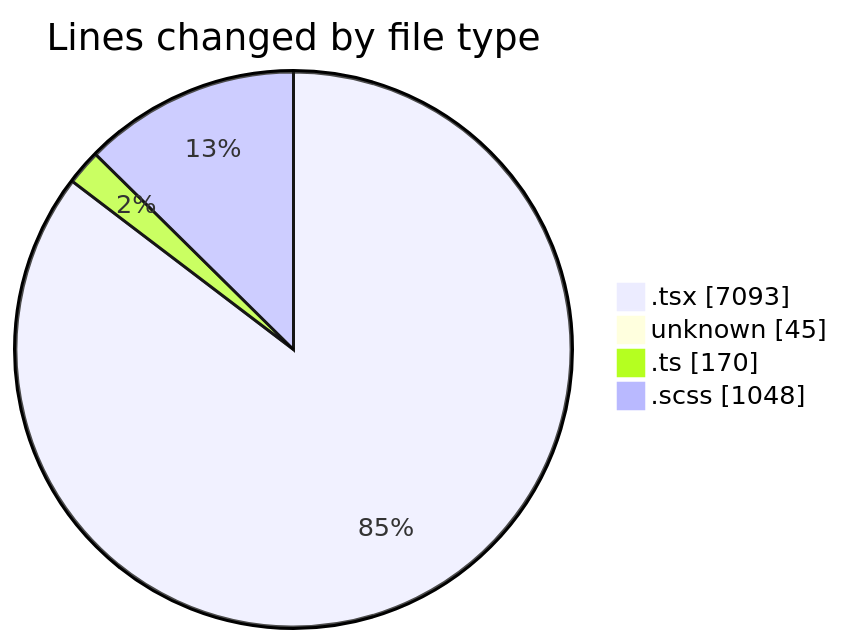
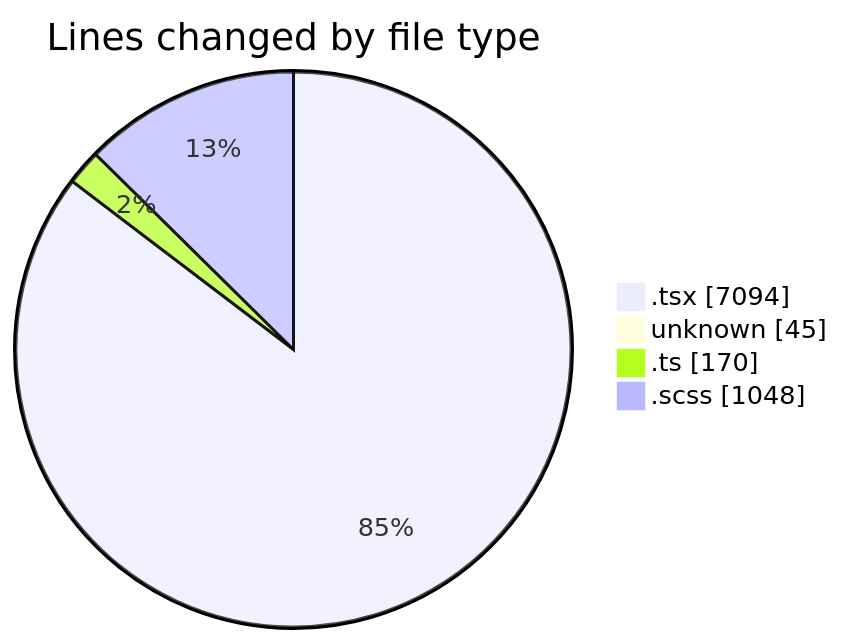
Before and after one commit to momahboobian/code-tracking: the first of 2 diagrams in 2025-09-01/cda/README.md, drawn with Mermaid. The commit also changed other lines of this file and 1 other file, not shown here.

````diff
--- a/2025-09-01/cda/README.md
+++ b/2025-09-01/cda/README.md
@@ -33,8 +33,8 @@
 ```mermaid
 pie showData
 title Lines changed by file type
-".tsx" : 7093
+".tsx" : 7094
 "unknown" : 45
 ".ts" : 170
 ".scss" : 1048
 ```
````
